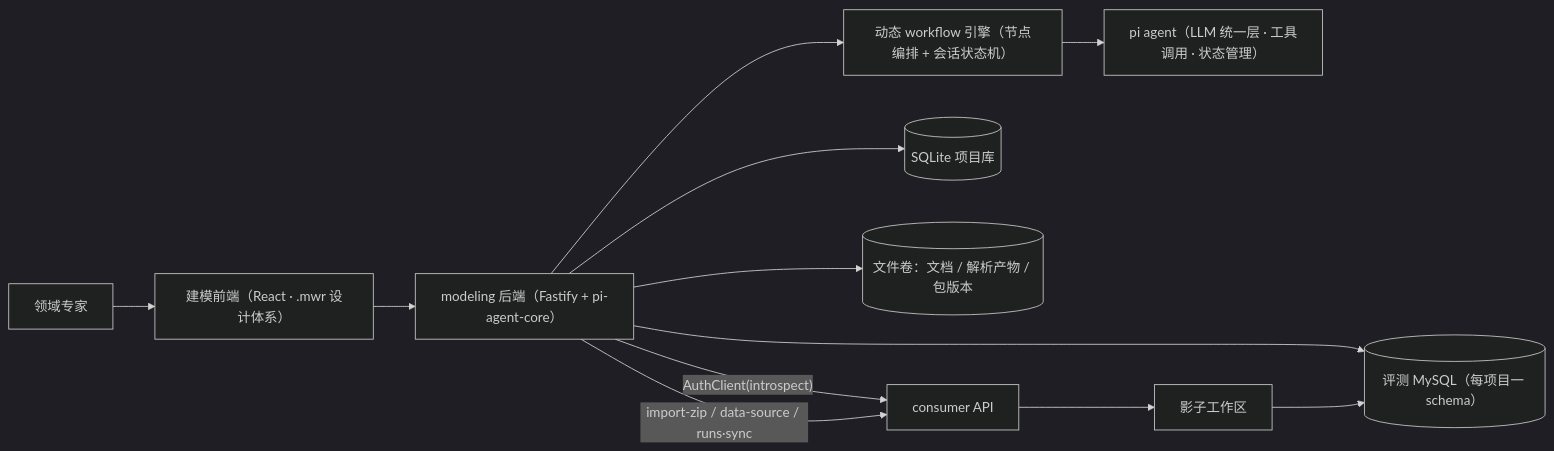
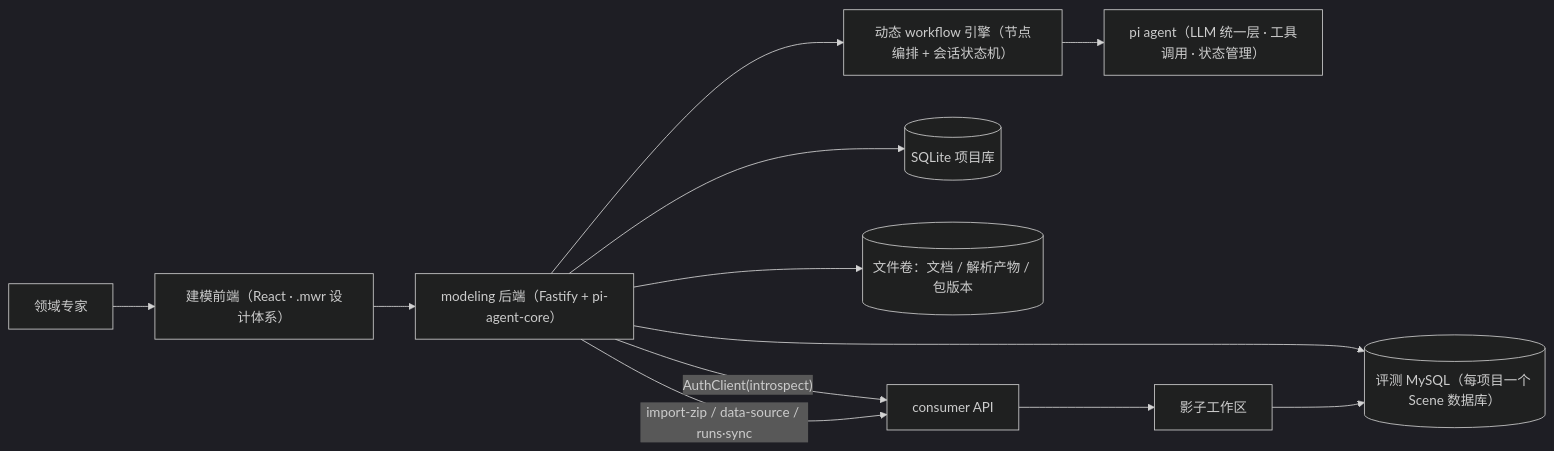
One commit to WangHaowen99/knowledge-scaffold changed the diagram in modeling/docs/design.md. Above: the diagram before and after it, drawn with Mermaid (dark theme). The commit also changed other lines of this file and 63 other files, not shown here.

````diff
--- a/modeling/docs/design.md
+++ b/modeling/docs/design.md
@@ -28,14 +28,14 @@
 ```mermaid
 flowchart LR
   Expert["领域专家"] --> FE["建模前端（React · .mwr 设计体系）"]
   FE --> BE["modeling 后端（Fastify + pi-agent-core）"]
   BE --> WF["动态 workflow 引擎（节点编排 + 会话状态机）"]
   WF --> PI["pi agent（LLM 统一层 · 工具调用 · 状态管理）"]
   BE --> DB[("SQLite 项目库")]
   BE --> FS[("文件卷：文档 / 解析产物 / 包版本")]
-  BE --> EVALDB[("评测 MySQL（每项目一 schema）")]
+  BE --> EVALDB[("评测 MySQL（每项目一个 Scene 数据库）")]
   BE -- "AuthClient(introspect)" --> Consumer["consumer API"]
   BE -- "import-zip / data-source / runs·sync" --> Consumer
   Consumer --> Shadow["影子工作区"]
   Shadow --> EVALDB
 ```
````
